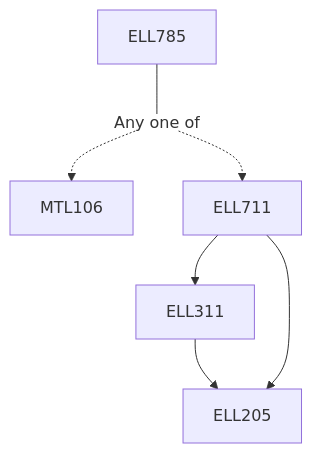
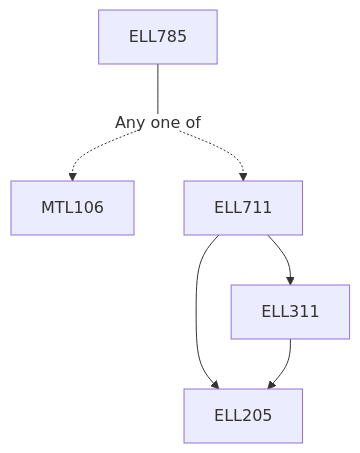
Before and after one commit to KeshavBansal0122/CoS_Website: the diagram in content/Electrical Engineering/ELL785.md, drawn with Mermaid. The commit also changed other lines of this file and 392 other files, not shown here.

````diff
--- a/content/Electrical Engineering/ELL785.md
+++ b/content/Electrical Engineering/ELL785.md
@@ -19,13 +19,13 @@
 ```mermaid
 flowchart TD
 ELL785-964[ELL785]
 ELL785-964 --- Or965[Any one of]:::empty
 Or965 -.-> MTL106-966[MTL106]
+ELL711-967 --> ELL205-967[ELL205]
 ELL311-967 --> ELL205-967[ELL205]
 ELL711-967 --> ELL311-967[ELL311]
 Or965 -.-> ELL711-967[ELL711]
-ELL711-967 --> ELL205-967[ELL205]
 
 classDef empty height:17px, fill:transparent, stroke:transparent;
 classDef trueEmpty height:0px, width:0px;
 ```
````
